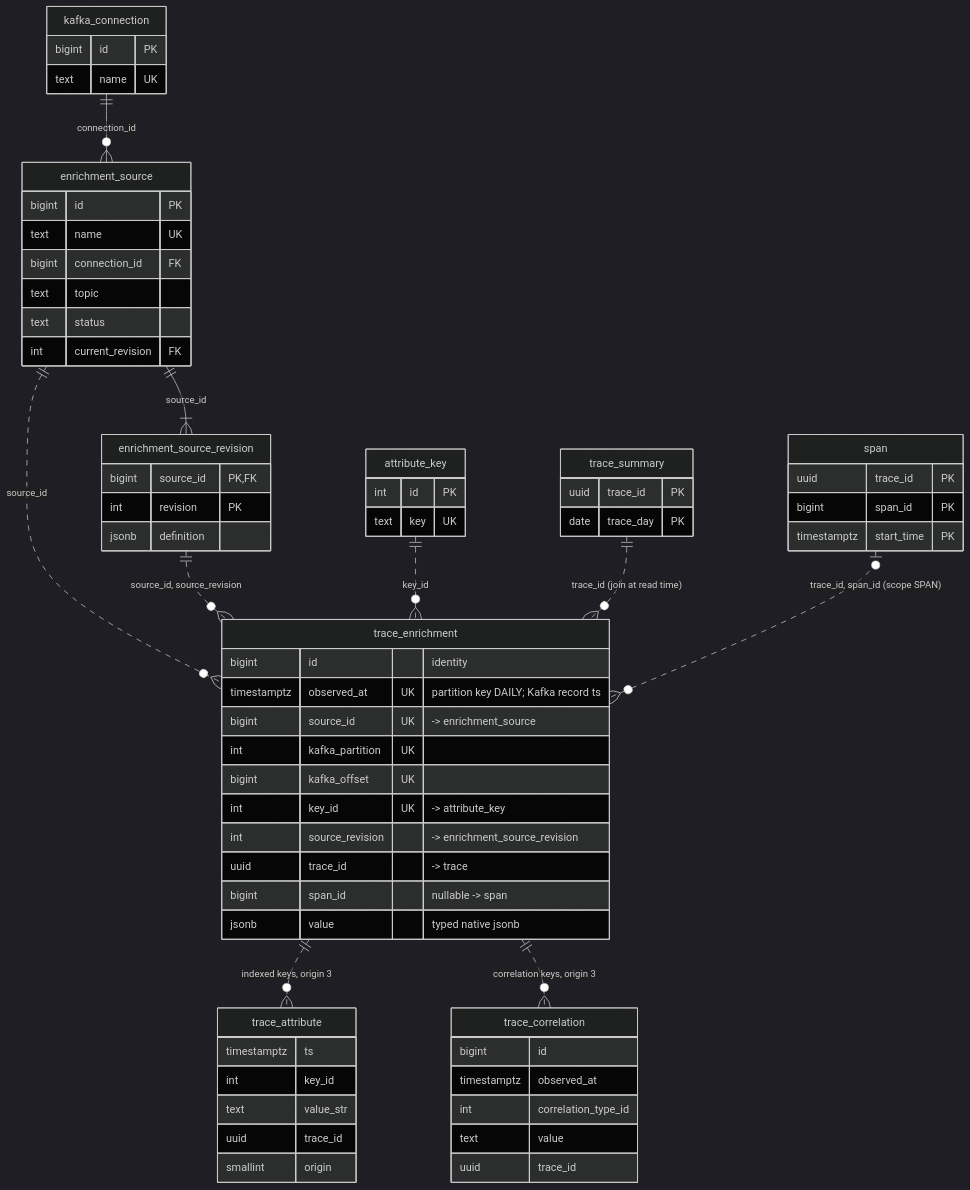
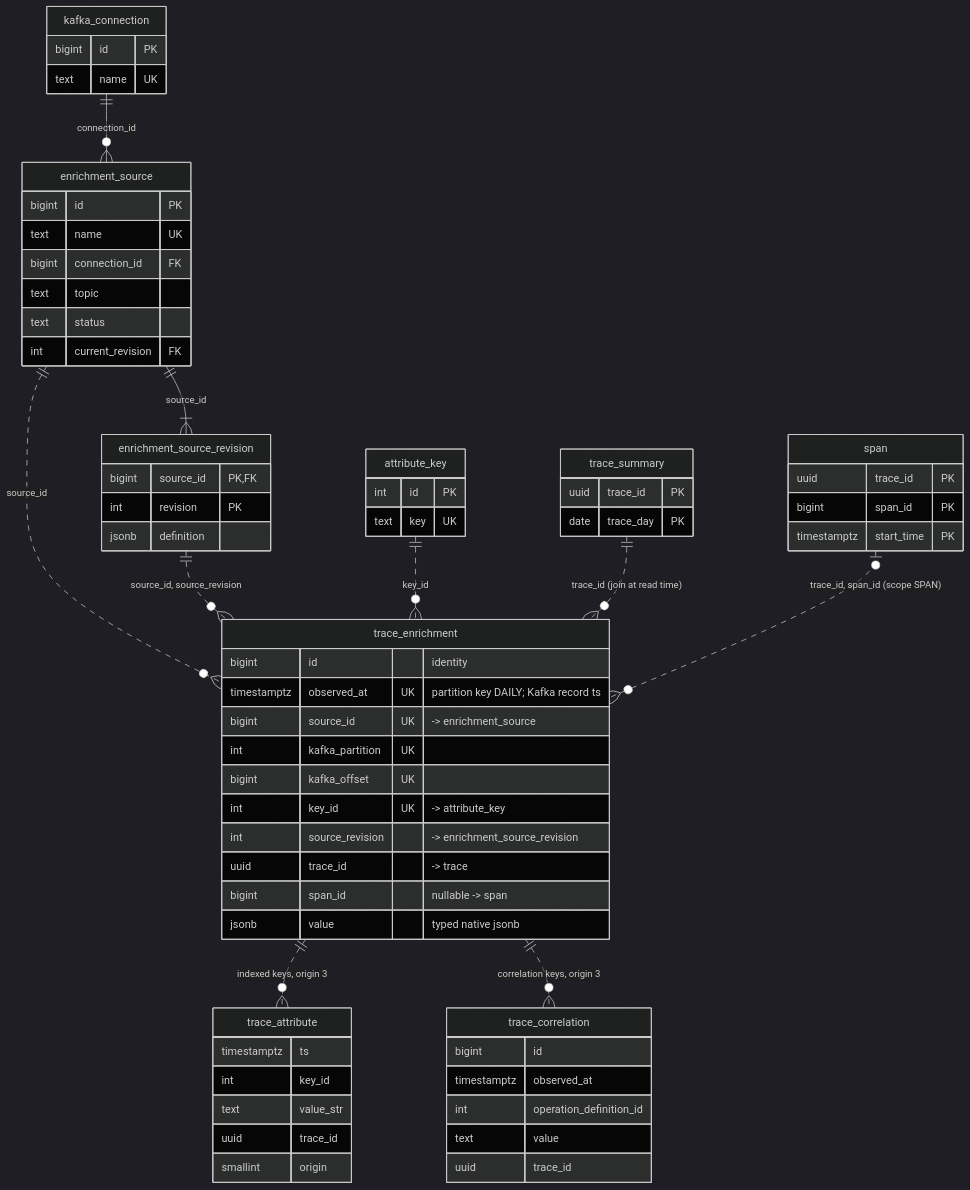
Before and after one commit to aasmc/tracing-system: the fourth of 7 diagrams in agent/08-er-diagrams.md, drawn with Mermaid (dark theme). The commit also changed other lines of this file and 122 other files, not shown here.

````diff
--- a/agent/08-er-diagrams.md
+++ b/agent/08-er-diagrams.md
@@ -351,69 +351,69 @@
 ```mermaid
 erDiagram
     kafka_connection ||--o{ enrichment_source : "connection_id"
     enrichment_source ||--|{ enrichment_source_revision : "source_id"
     enrichment_source ||..o{ trace_enrichment : "source_id"
     enrichment_source_revision ||..o{ trace_enrichment : "source_id, source_revision"
     attribute_key ||..o{ trace_enrichment : "key_id"
     trace_summary ||..o{ trace_enrichment : "trace_id (join at read time)"
     span |o..o{ trace_enrichment : "trace_id, span_id (scope SPAN)"
     trace_enrichment ||..o{ trace_attribute : "indexed keys, origin 3"
     trace_enrichment ||..o{ trace_correlation : "correlation keys, origin 3"
 
     kafka_connection {
         bigint id PK
         text name UK
     }
     enrichment_source {
         bigint id PK
         text name UK
         bigint connection_id FK
         text topic
         text status
         int current_revision FK
     }
     enrichment_source_revision {
         bigint source_id PK, FK
         int revision PK
         jsonb definition
     }
     trace_enrichment {
         bigint id "identity"
         timestamptz observed_at UK "partition key DAILY; Kafka record ts"
         bigint source_id UK "-> enrichment_source"
         int kafka_partition UK
         bigint kafka_offset UK
         int key_id UK "-> attribute_key"
         int source_revision "-> enrichment_source_revision"
         uuid trace_id "-> trace"
         bigint span_id "nullable -> span"
         jsonb value "typed native jsonb"
     }
     attribute_key {
         int id PK
         text key UK
     }
     trace_summary {
         uuid trace_id PK
         date trace_day PK
     }
     span {
         uuid trace_id PK
         bigint span_id PK
         timestamptz start_time PK
     }
     trace_attribute {
         timestamptz ts
         int key_id
         text value_str
         uuid trace_id
         smallint origin
     }
     trace_correlation {
         bigint id
         timestamptz observed_at
-        int correlation_type_id
+        int operation_definition_id
         text value
         uuid trace_id
     }
 ```
````
